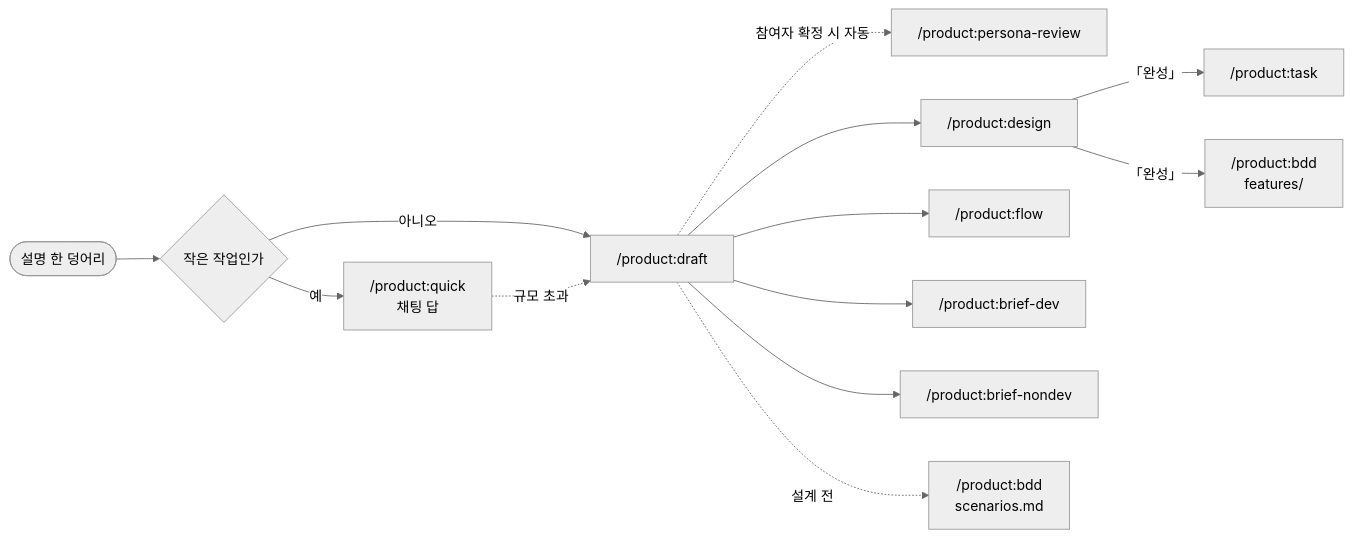
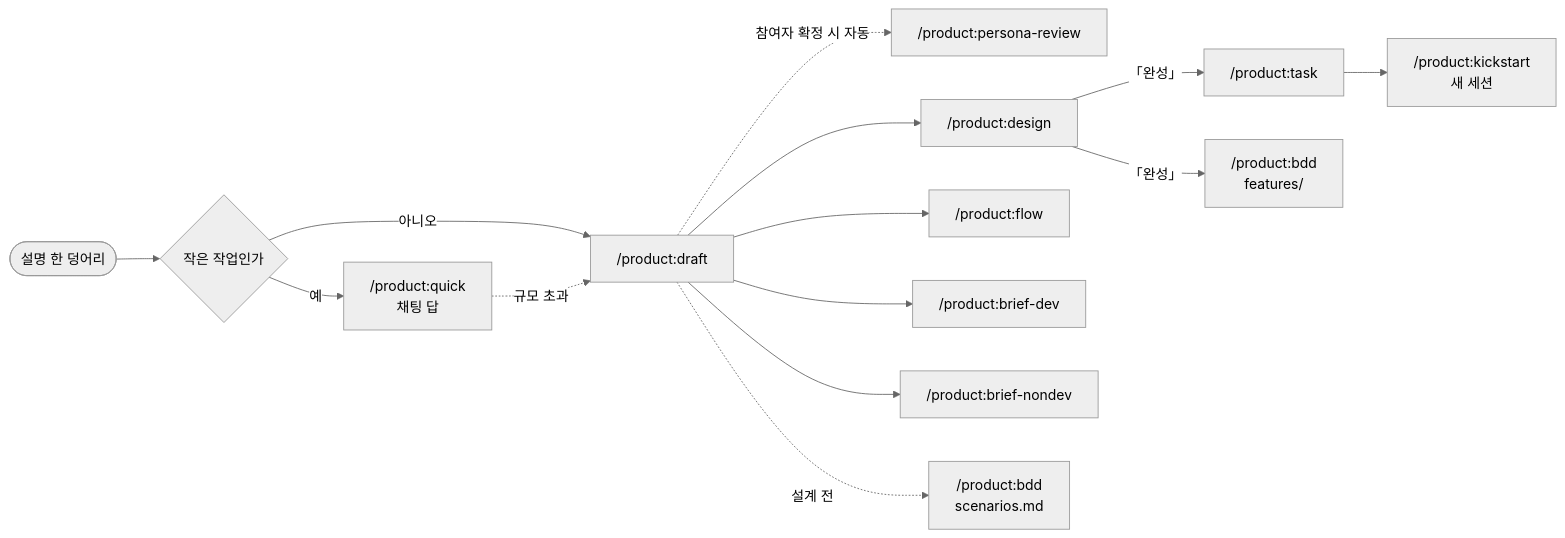
Before and after one commit to dorage/product-skills: the diagram in plugins/product/WORKFLOW.md, drawn with Mermaid (neutral theme). The commit also changed other lines of this file and 6 other files, not shown here.

First line of the commit message:
feat(product):구현 착수를 새 세션에 넘기려고 kickstart 스킬 추가

````diff
--- a/plugins/product/WORKFLOW.md
+++ b/plugins/product/WORKFLOW.md
@@ -12,15 +12,16 @@
 ```mermaid
 flowchart LR
     start([설명 한 덩어리]) --> size{작은 작업인가}
     size -- 예 --> quick["/product:quick<br/>채팅 답"]
     size -- 아니오 --> draft["/product:draft"]
     draft -. 참여자 확정 시 자동 .-> review["/product:persona-review"]
     quick -. 규모 초과 .-> draft
     draft --> design["/product:design"]
     draft --> flow["/product:flow"]
     draft --> bdev["/product:brief-dev"]
     draft --> bnon["/product:brief-nondev"]
     draft -. 설계 전 .-> bddp["/product:bdd<br/>scenarios.md"]
     design -- 「완성」 --> task["/product:task"]
     design -- 「완성」 --> bdd["/product:bdd<br/>features/"]
+    task --> kick["/product:kickstart<br/>새 세션"]
 ```
````
